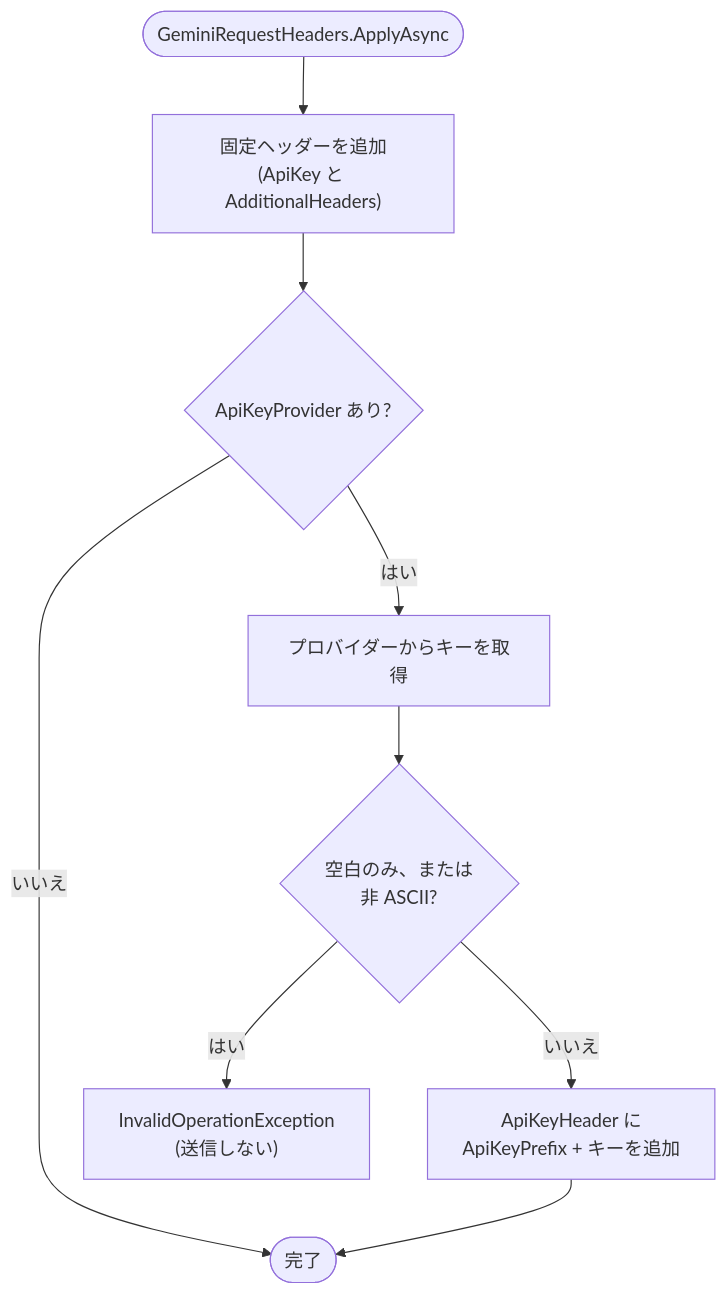
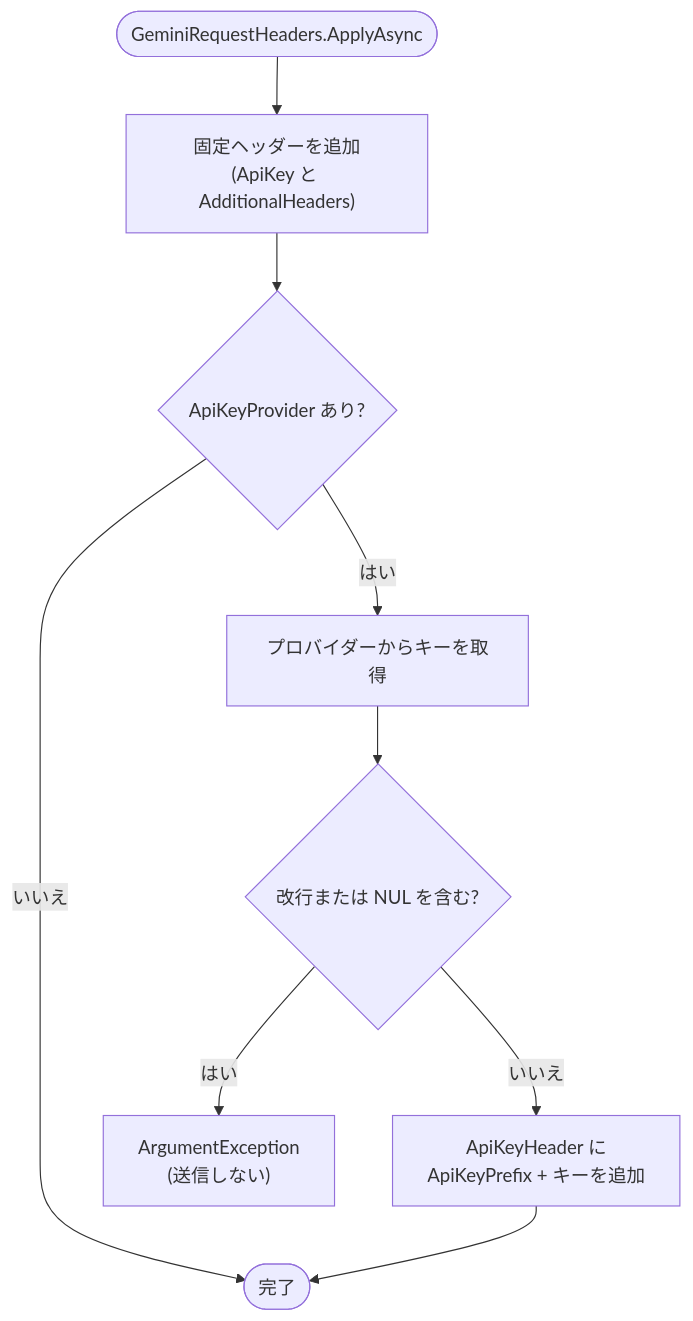
Diagram 13 of 15 in docs/ARCHITECTURE.md (Osg-Junue/GeminiGatewayClient), drawn with Mermaid before and after one commit. The commit also changed other lines of this file and 73 other files, not shown here.

````diff
--- a/docs/ARCHITECTURE.md
+++ b/docs/ARCHITECTURE.md
@@ -598,11 +585,11 @@
 ```mermaid
 flowchart TD
     Start(["GeminiRequestHeaders.ApplyAsync"]) --> Static["固定ヘッダーを追加<br/>(ApiKey と AdditionalHeaders)"]
     Static --> HasProvider{"ApiKeyProvider あり?"}
     HasProvider -- いいえ --> Done(["完了"])
     HasProvider -- はい --> Call["プロバイダーからキーを取得"]
-    Call --> Valid{"空白のみ、または<br/>非 ASCII?"}
-    Valid -- はい --> Fail["InvalidOperationException<br/>(送信しない)"]
+    Call --> Valid{"改行または NUL を含む?"}
+    Valid -- はい --> Fail["ArgumentException<br/>(送信しない)"]
     Valid -- いいえ --> Add["ApiKeyHeader に<br/>ApiKeyPrefix + キーを追加"]
     Add --> Done
 ```
````
